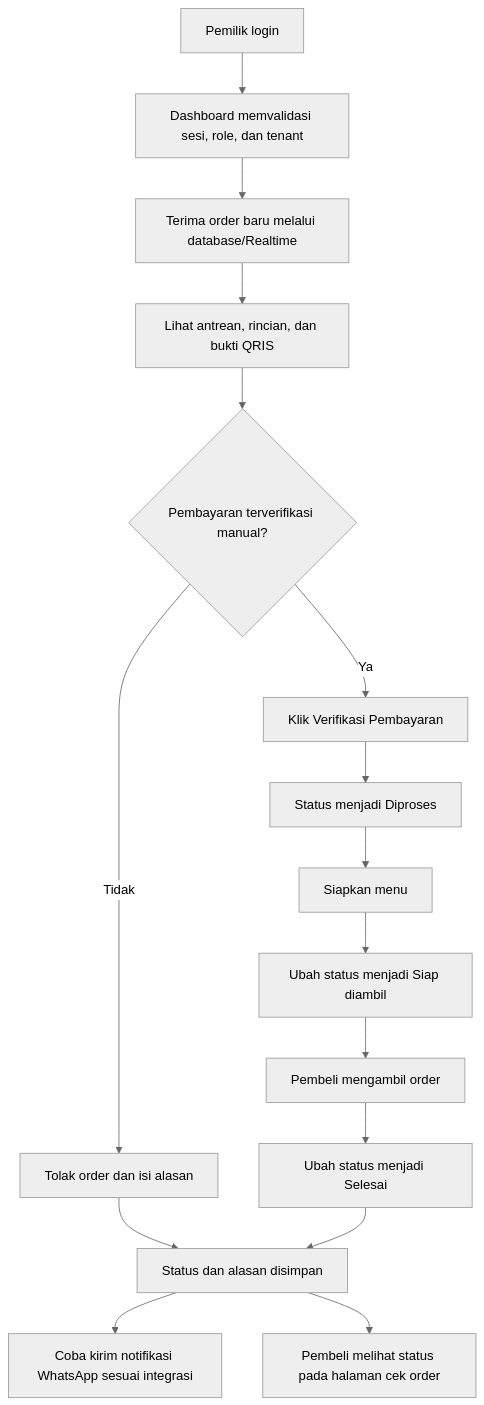
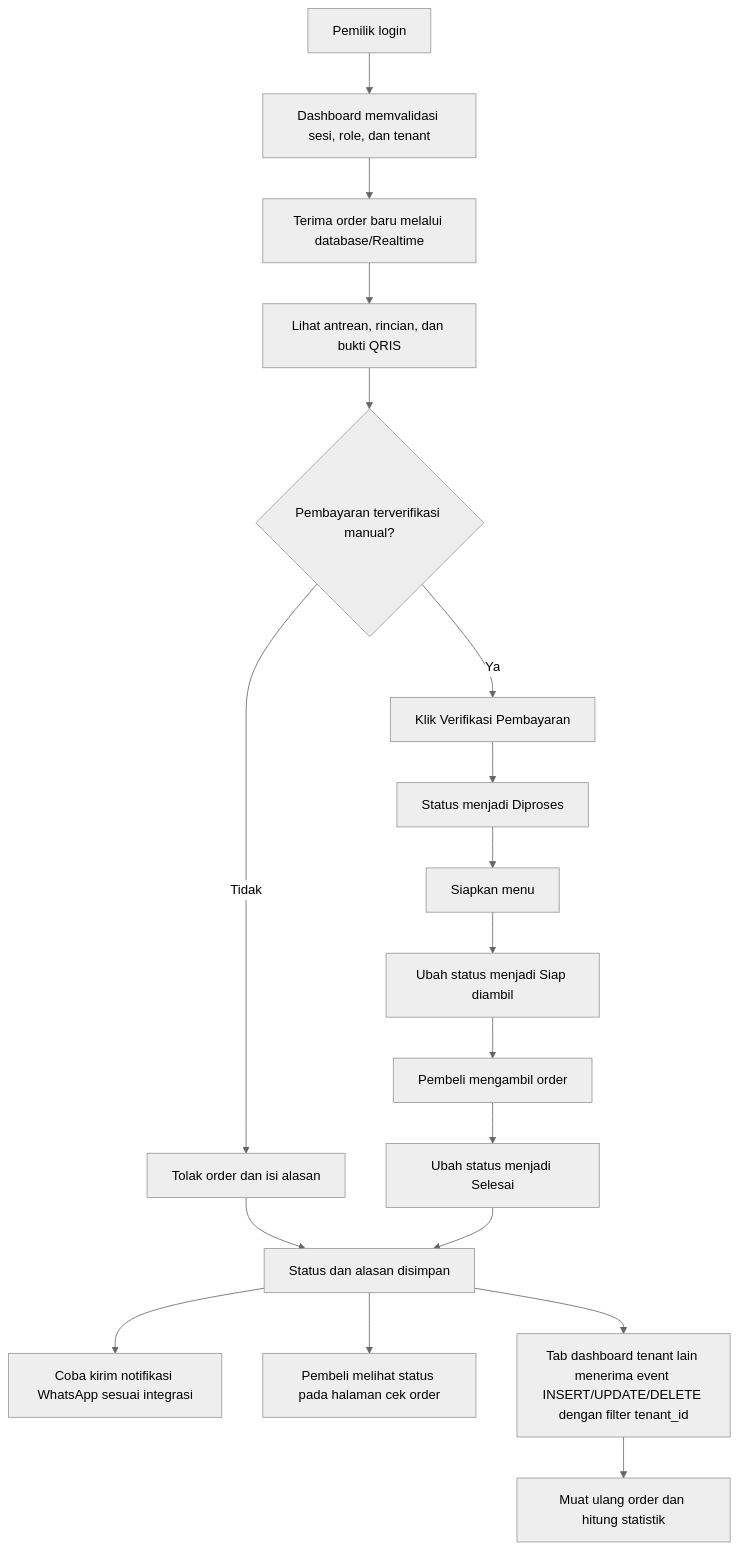
One commit to nandayudhistirawibowo/SiKantin changed the third of 7 diagrams in FLOWCHART.md. Above: the diagram before and after it, drawn with Mermaid (neutral theme). The commit also changed other lines of this file and 4 other files, not shown here.

````diff
--- a/FLOWCHART.md
+++ b/FLOWCHART.md
@@ -69,18 +73,20 @@
 ```mermaid
 flowchart TD
     A[Pemilik login] --> B[Dashboard memvalidasi sesi, role, dan tenant]
     B --> C[Terima order baru melalui database/Realtime]
     C --> D[Lihat antrean, rincian, dan bukti QRIS]
     D --> E{Pembayaran terverifikasi manual?}
     E -- Tidak --> F[Tolak order dan isi alasan]
     E -- Ya --> G[Klik Verifikasi Pembayaran]
     G --> H[Status menjadi Diproses]
     H --> I[Siapkan menu]
     I --> J[Ubah status menjadi Siap diambil]
     J --> K[Pembeli mengambil order]
     K --> L[Ubah status menjadi Selesai]
     F --> M[Status dan alasan disimpan]
     L --> M
     M --> N[Coba kirim notifikasi WhatsApp sesuai integrasi]
     M --> O[Pembeli melihat status pada halaman cek order]
+    P[Tab dashboard tenant lain menerima event INSERT/UPDATE/DELETE dengan filter tenant_id] --> Q[Muat ulang order dan hitung statistik]
+    M --> P
 ```
````
